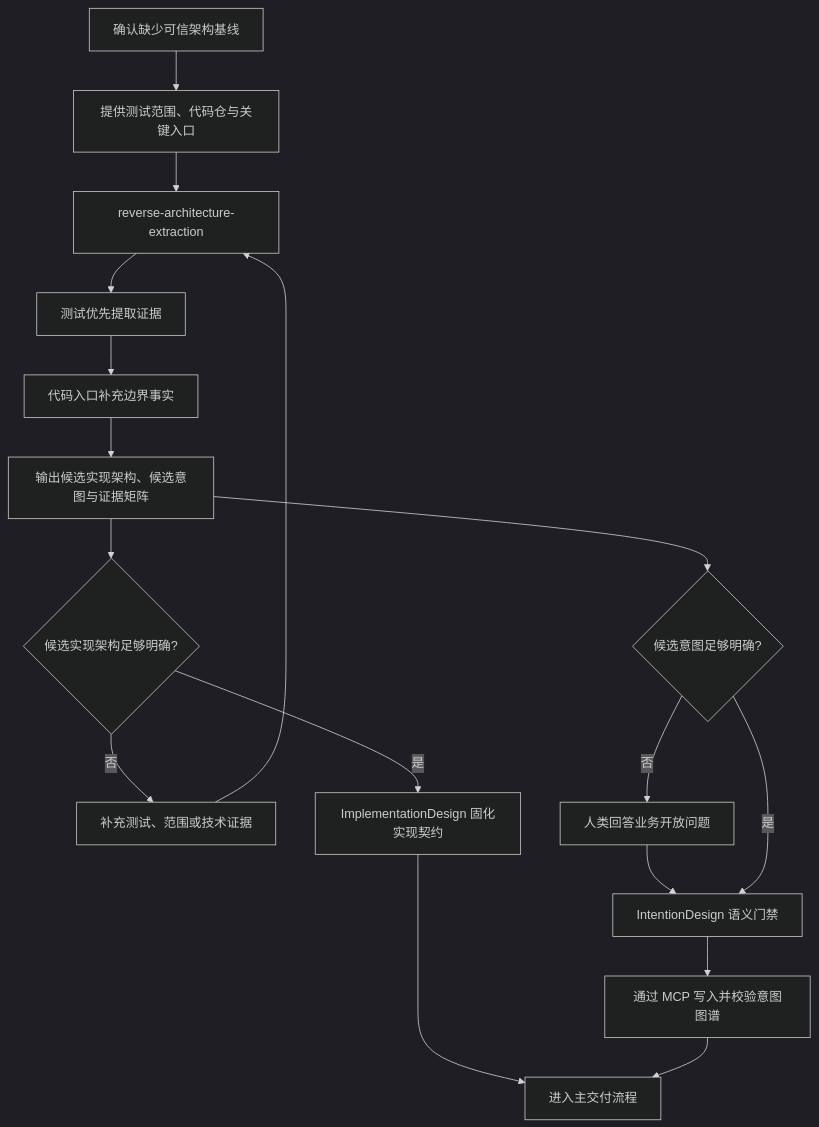
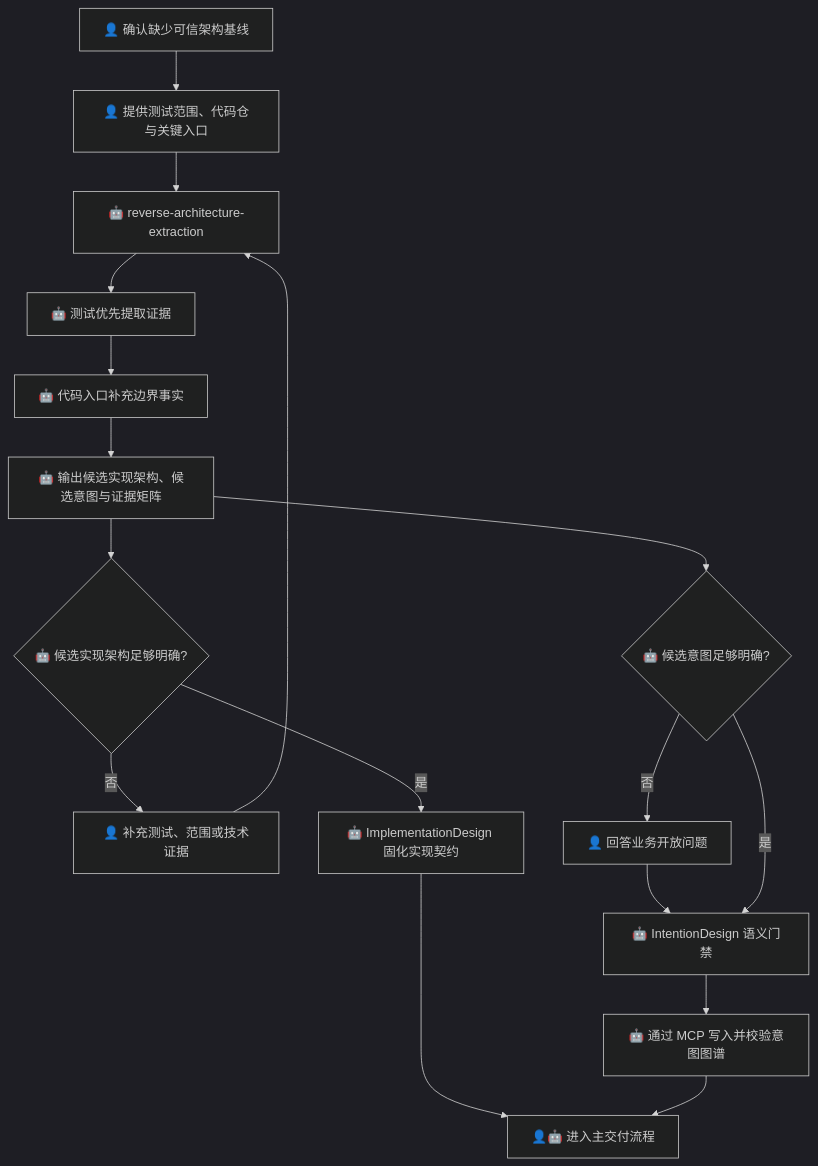
One commit to derekhu0002/Argo changed the fourth of 11 diagrams in design/argo-harness/usage-scenarios/README.md. Above: the diagram before and after it, drawn with Mermaid (dark theme). The commit also changed other lines of this file, not shown here.

````diff
--- a/design/argo-harness/usage-scenarios/README.md
+++ b/design/argo-harness/usage-scenarios/README.md
@@ -100,19 +103,19 @@
 ```mermaid
 flowchart TD
-    A[确认缺少可信架构基线] --> B[提供测试范围、代码仓与关键入口]
-    B --> C[reverse-architecture-extraction]
-    C --> D[测试优先提取证据]
-    D --> E[代码入口补充边界事实]
-    E --> F[输出候选实现架构、候选意图与证据矩阵]
-    F --> G{候选实现架构足够明确?}
-    G -- 否 --> H[补充测试、范围或技术证据]
+    A[👤 确认缺少可信架构基线] --> B[👤 提供测试范围、代码仓与关键入口]
+    B --> C[🤖 reverse-architecture-extraction]
+    C --> D[🤖 测试优先提取证据]
+    D --> E[🤖 代码入口补充边界事实]
+    E --> F[🤖 输出候选实现架构、候选意图与证据矩阵]
+    F --> G{🤖 候选实现架构足够明确?}
+    G -- 否 --> H[👤 补充测试、范围或技术证据]
     H --> C
-    G -- 是 --> I[ImplementationDesign 固化实现契约]
-    F --> J{候选意图足够明确?}
-    J -- 否 --> K[人类回答业务开放问题]
-    K --> L[IntentionDesign 语义门禁]
+    G -- 是 --> I[🤖 ImplementationDesign 固化实现契约]
+    F --> J{🤖 候选意图足够明确?}
+    J -- 否 --> K[👤 回答业务开放问题]
+    K --> L[🤖 IntentionDesign 语义门禁]
     J -- 是 --> L
-    L --> M[通过 MCP 写入并校验意图图谱]
-    I --> N[进入主交付流程]
+    L --> M[🤖 通过 MCP 写入并校验意图图谱]
+    I --> N[👤🤖 进入主交付流程]
     M --> N
 ```
````
